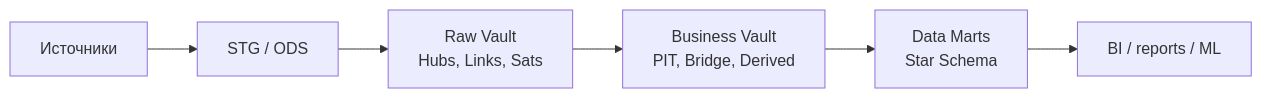
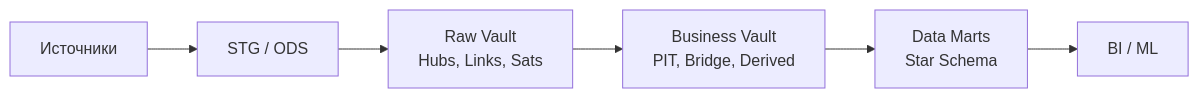
One commit to dementev-dev/de-roadmap changed the second of 2 diagrams in dwh-modeling/DataVault.md. Above: the diagram before and after it, drawn with Mermaid. The commit also changed other lines of this file, not shown here.

`````diff
--- a/dwh-modeling/DataVault.md
+++ b/dwh-modeling/DataVault.md
@@ -229,8 +237,11 @@
 ```mermaid
 flowchart LR
     SRC[Источники] --> STG[STG / ODS]
-    STG --> RAW[Raw Vault<br/>Hubs, Links, Sats]
-    RAW --> BV[Business Vault<br/>PIT, Bridge, Derived]
-    BV --> DM[Data Marts<br/>Star Schema]
-    DM --> BI[BI / reports / ML]
-````
+    STG --> RAW[Raw Vault
+Hubs, Links, Sats]
+    RAW --> BV[Business Vault
+PIT, Bridge, Derived]
+    BV --> DM[Data Marts
+Star Schema]
+    DM --> BI[BI / ML]
+```
`````
